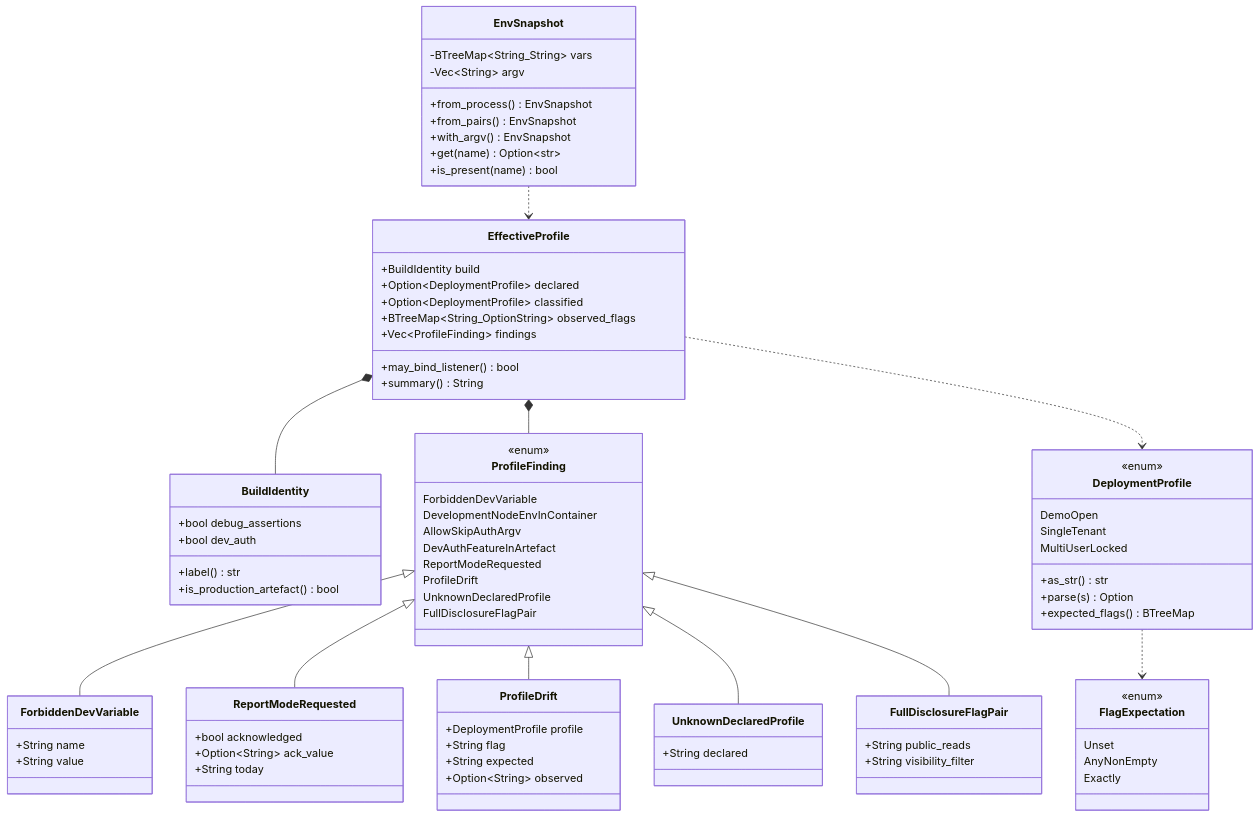
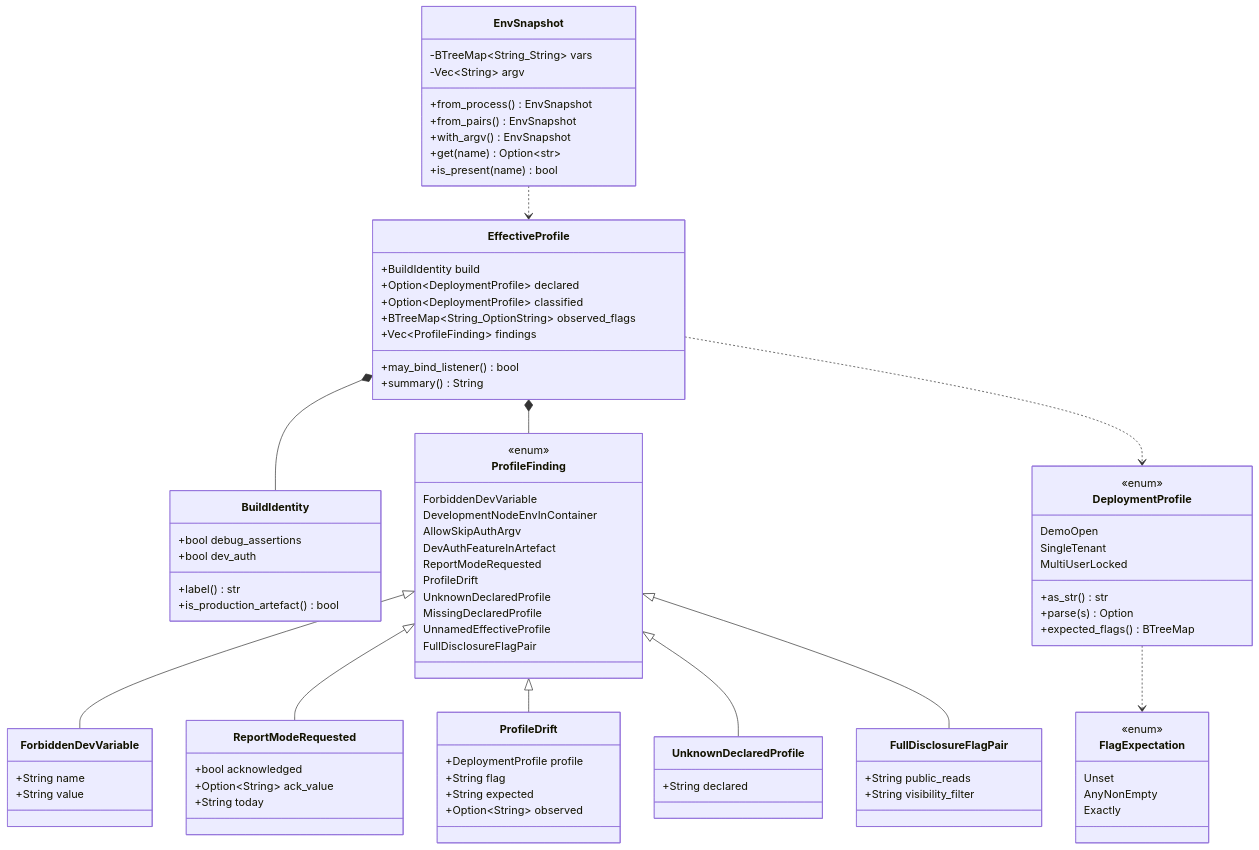
Before and after one commit to DreamLab-AI/VisionFlow: the fifth of 16 diagrams in docs/diagrams/visionclaw/09-config-and-env-flags.md, drawn with Mermaid. The commit also changed other lines of this file and 173 other files, not shown here.

```diff
--- a/docs/diagrams/visionclaw/09-config-and-env-flags.md
+++ b/docs/diagrams/visionclaw/09-config-and-env-flags.md
@@ -269,6 +269,8 @@
       ReportModeRequested
       ProfileDrift
       UnknownDeclaredProfile
+      MissingDeclaredProfile
+      UnnamedEffectiveProfile
       FullDisclosureFlagPair
     }
     class ForbiddenDevVariable {
```
